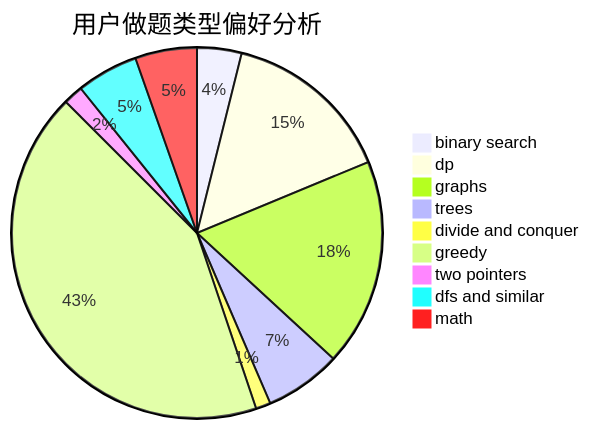
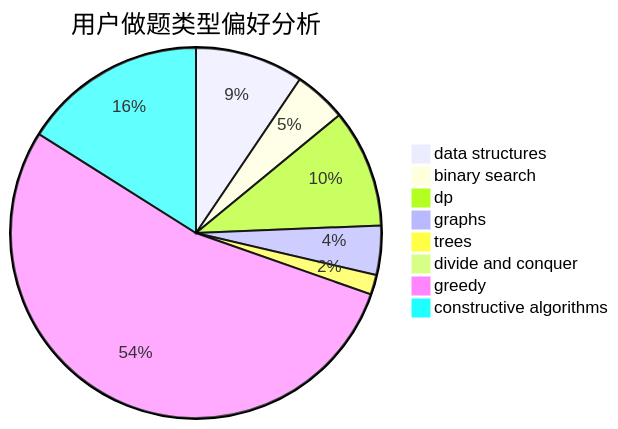
One commit to sherpahu/cfrs.github.io changed the second of 3 diagrams in docs/user/u317.md. Above: the diagram before and after it, drawn with Mermaid. The commit also changed other lines of this file and 2775 other files, not shown here.

````diff
--- a/docs/user/u317.md
+++ b/docs/user/u317.md
@@ -23,12 +23,11 @@
 ```mermaid
 pie title 用户做题类型偏好分析
-    "binary search" :  18
-    "dp" :  69
-    "graphs" :  84
-    "trees" :  31
-    "divide and conquer" :  6
-    "greedy" :  198
-    "two pointers" :  8
-    "dfs and similar" :  25
-    "math" :  25
+    "data structures" :  33
+    "binary search" :  16
+    "dp" :  36
+    "graphs" :  15
+    "trees" :  6
+    "divide and conquer" :  0
+    "greedy" :  187
+    "constructive algorithms" :  56
 ```
````
